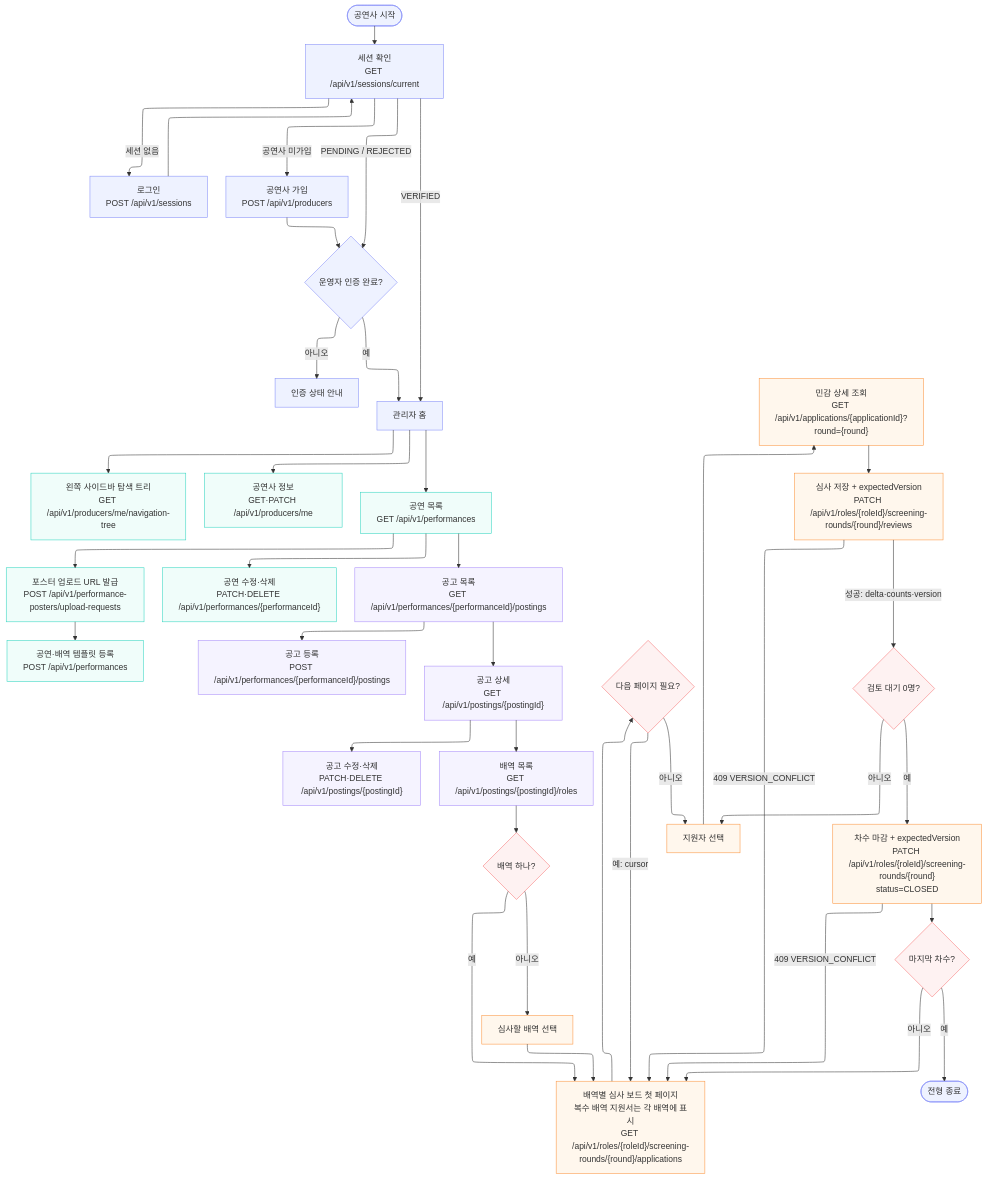
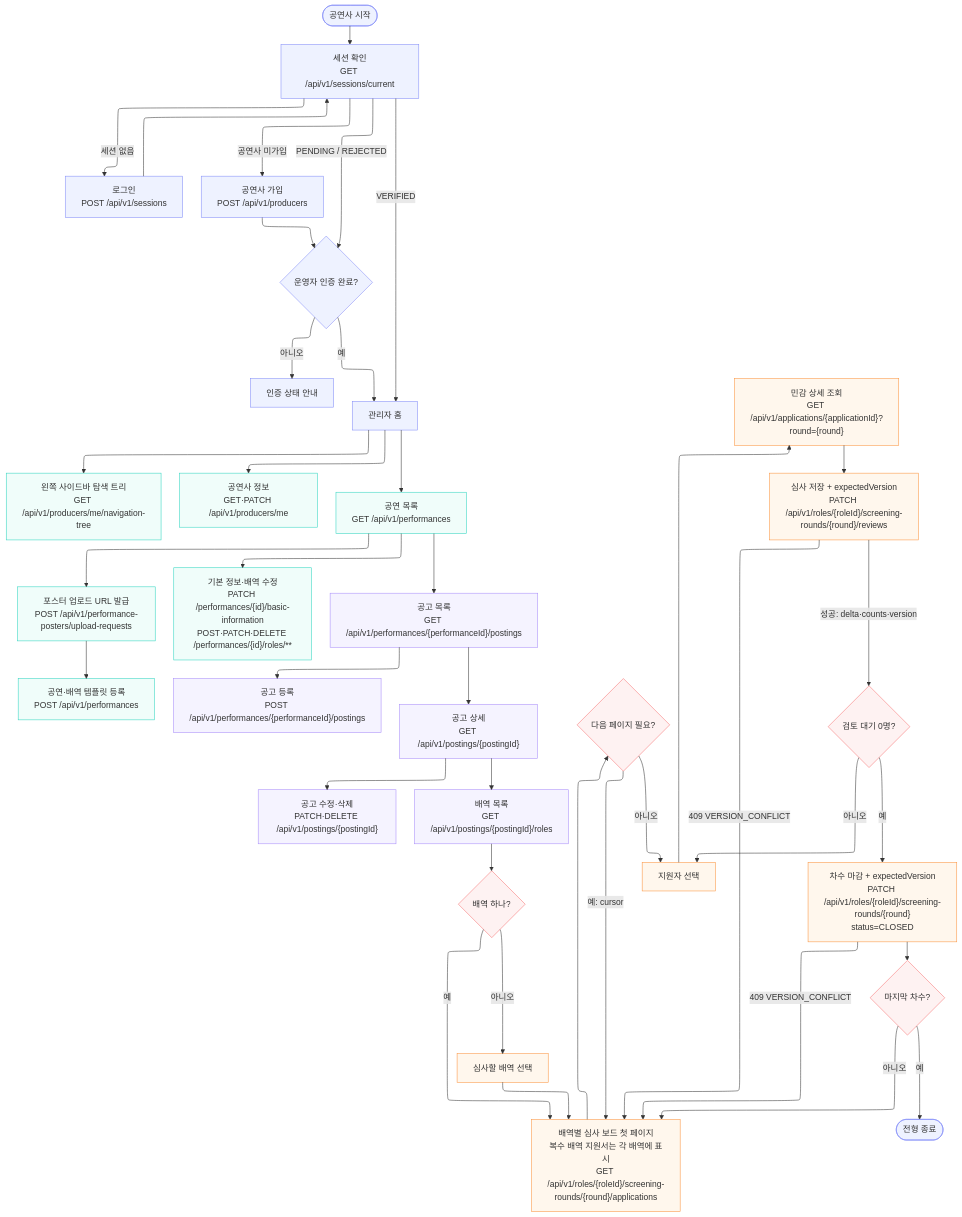
Before and after one commit to woowacourse-teams/2026-yesulin: the diagram in docs/flowchart/producer.mmd, drawn with Mermaid. The commit also changed 22 other files, not shown here.

```diff
--- a/docs/flowchart/producer.mmd
+++ b/docs/flowchart/producer.mmd
@@ -1,71 +1,71 @@
 ---
 config:
   layout: elk
 ---
 flowchart TB
     START(["공연사 시작"]) --> SESSION["세션 확인<br>GET /api/v1/sessions/current"]
     SESSION -- 세션 없음 --> LOGIN["로그인<br>POST /api/v1/sessions"]
     LOGIN --> SESSION
     SESSION -- 공연사 미가입 --> SIGNUP["공연사 가입<br>POST /api/v1/producers"]
     SIGNUP --> VERIFY{"운영자 인증 완료?"}
     SESSION -- PENDING / REJECTED --> VERIFY
     VERIFY -- 아니오 --> WAIT["인증 상태 안내"]
     VERIFY -- 예 --> HOME["관리자 홈"]
     SESSION -- VERIFIED --> HOME
     HOME --> NAV["왼쪽 사이드바 탐색 트리<br>GET /api/v1/producers/me/navigation-tree"] & PROFILE["공연사 정보<br>GET·PATCH /api/v1/producers/me"] & PERF["공연 목록<br>GET /api/v1/performances"]
-    PERF --> NEW_PERF["포스터 업로드 URL 발급<br>POST /api/v1/performance-posters/upload-requests"] & EDIT_PERF["공연 수정·삭제<br>PATCH·DELETE /api/v1/performances/{performanceId}"] & POSTINGS["공고 목록<br>GET /api/v1/performances/{performanceId}/postings"]
+    PERF --> NEW_PERF["포스터 업로드 URL 발급<br>POST /api/v1/performance-posters/upload-requests"] & EDIT_PERF["기본 정보·배역 수정<br>PATCH /performances/{id}/basic-information<br>POST·PATCH·DELETE /performances/{id}/roles/**"] & POSTINGS["공고 목록<br>GET /api/v1/performances/{performanceId}/postings"]
     NEW_PERF --> CREATE_PERF["공연·배역 템플릿 등록<br>POST /api/v1/performances"]
     POSTINGS --> CREATE_POSTING["공고 등록<br>POST /api/v1/performances/{performanceId}/postings"] & POSTING_DETAIL["공고 상세<br>GET /api/v1/postings/{postingId}"]
     POSTING_DETAIL --> EDIT_POSTING["공고 수정·삭제<br>PATCH·DELETE /api/v1/postings/{postingId}"] & ROLES["배역 목록<br>GET /api/v1/postings/{postingId}/roles"]
     ROLES --> SOLE{"배역 하나?"}
     SOLE -- 예 --> BOARD["배역별 심사 보드 첫 페이지<br>복수 배역 지원서는 각 배역에 표시<br>GET /api/v1/roles/{roleId}/screening-rounds/{round}/applications"]
     SOLE -- 아니오 --> CHOOSE_ROLE["심사할 배역 선택"]
     CHOOSE_ROLE --> BOARD
     BOARD --> MORE{"다음 페이지 필요?"}
     MORE -- 예: cursor --> BOARD
     MORE -- 아니오 --> SELECT["지원자 선택"]
     SELECT --> APP_DETAIL["민감 상세 조회<br>GET /api/v1/applications/{applicationId}?round={round}"]
     APP_DETAIL --> REVIEW["심사 저장 + expectedVersion<br>PATCH /api/v1/roles/{roleId}/screening-rounds/{round}/reviews"]
     REVIEW -- 409 VERSION_CONFLICT --> BOARD
     REVIEW -- 성공: delta·counts·version --> DONE{"검토 대기 0명?"}
     DONE -- 아니오 --> SELECT
     DONE -- 예 --> CLOSE["차수 마감 + expectedVersion<br>PATCH /api/v1/roles/{roleId}/screening-rounds/{round}<br>status=CLOSED"]
     CLOSE -- 409 VERSION_CONFLICT --> BOARD
     CLOSE --> LAST{"마지막 차수?"}
     LAST -- 아니오 --> BOARD
     LAST -- 예 --> FINISH(["전형 종료"])
 
     START:::authNode
     SESSION:::authNode
     LOGIN:::authNode
     SIGNUP:::authNode
     VERIFY:::authNode
     WAIT:::authNode
     HOME:::authNode
     NAV:::perfNode
     PROFILE:::perfNode
     PERF:::perfNode
     NEW_PERF:::perfNode
     EDIT_PERF:::perfNode
     POSTINGS:::postingNode
     CREATE_PERF:::perfNode
     CREATE_POSTING:::postingNode
     POSTING_DETAIL:::postingNode
     EDIT_POSTING:::postingNode
     ROLES:::postingNode
     SOLE:::decisionNode
     BOARD:::screeningNode
     CHOOSE_ROLE:::screeningNode
     MORE:::decisionNode
     SELECT:::screeningNode
     APP_DETAIL:::screeningNode
     REVIEW:::screeningNode
     DONE:::decisionNode
     CLOSE:::screeningNode
     LAST:::decisionNode
     FINISH:::authNode
     classDef authNode stroke:#818cf8,fill:#eef2ff
     classDef perfNode stroke:#2dd4bf,fill:#f0fdfa
     classDef postingNode stroke:#a78bfa,fill:#f5f3ff
     classDef screeningNode stroke:#fb923c,fill:#fff7ed
     classDef decisionNode stroke:#f87171,fill:#fef2f2
```
